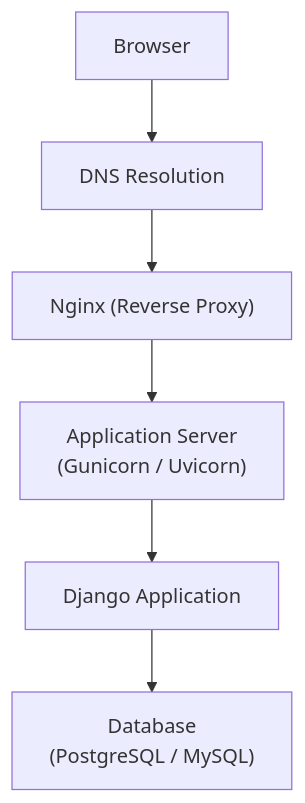
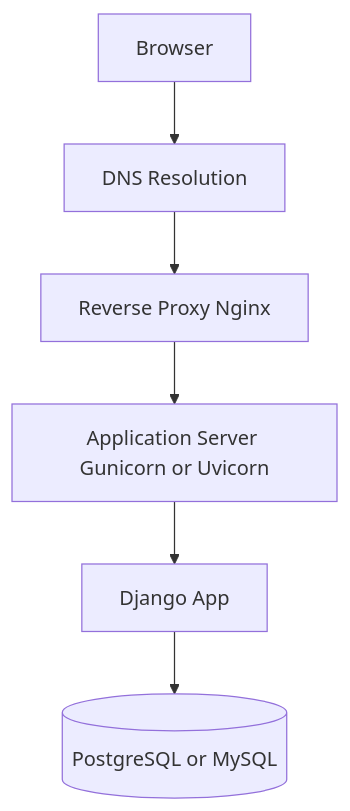
Before and after one commit to ergauravgoyal/ai-first-software-engineer: the fourth of 7 diagrams in docs/02-backend-engineering/python/02-web-fundamentals-django.md, drawn with Mermaid. The commit also changed other lines of this file and 4 other files, not shown here.

````diff
--- a/docs/02-backend-engineering/python/02-web-fundamentals-django.md
+++ b/docs/02-backend-engineering/python/02-web-fundamentals-django.md
@@ -71,8 +101,8 @@
 ```mermaid
 flowchart TD
-    Browser["Browser"] --> DNS["DNS Resolution"]
-    DNS --> Nginx["Nginx (Reverse Proxy)"]
-    Nginx --> AppServer["Application Server\n(Gunicorn / Uvicorn)"]
-    AppServer --> Django["Django Application"]
-    Django --> DB["Database\n(PostgreSQL / MySQL)"]
+    Browser[Browser] --> DNS[DNS Resolution]
+    DNS --> Proxy[Reverse Proxy Nginx]
+    Proxy --> App[Application Server Gunicorn or Uvicorn]
+    App --> Django[Django App]
+    Django --> DB[(PostgreSQL or MySQL)]
 ```
````
